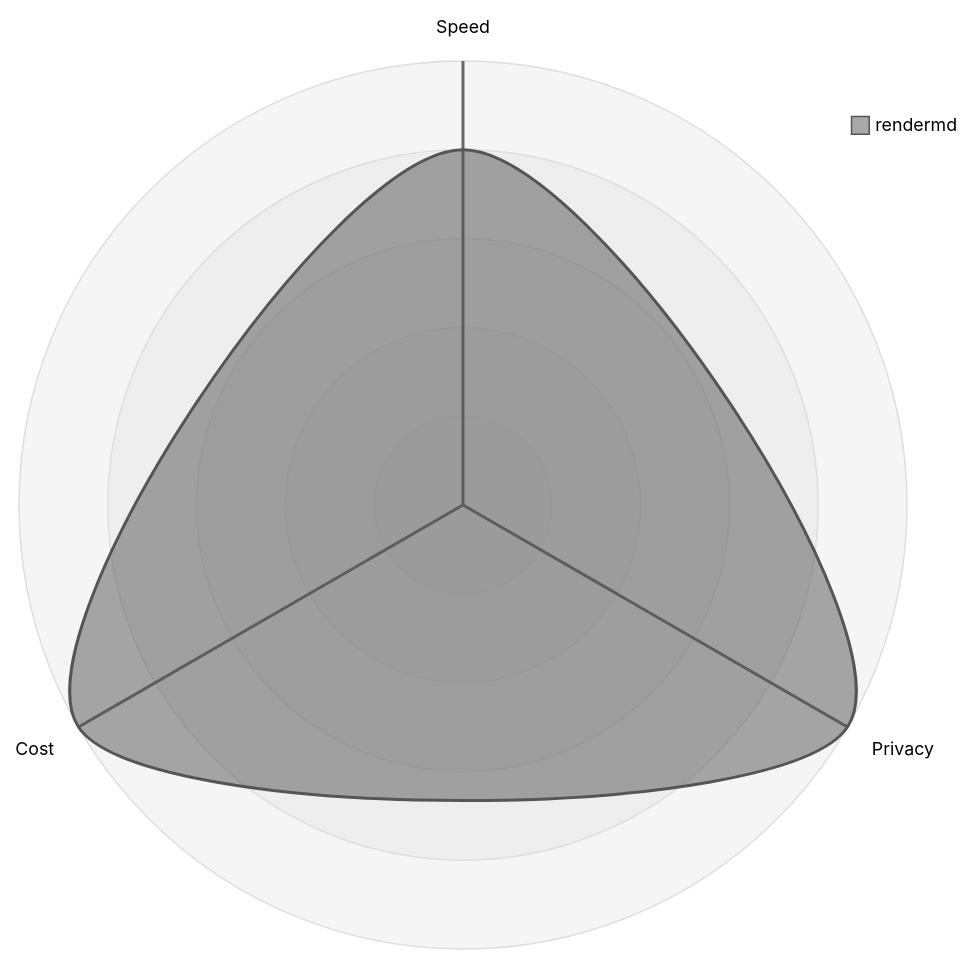
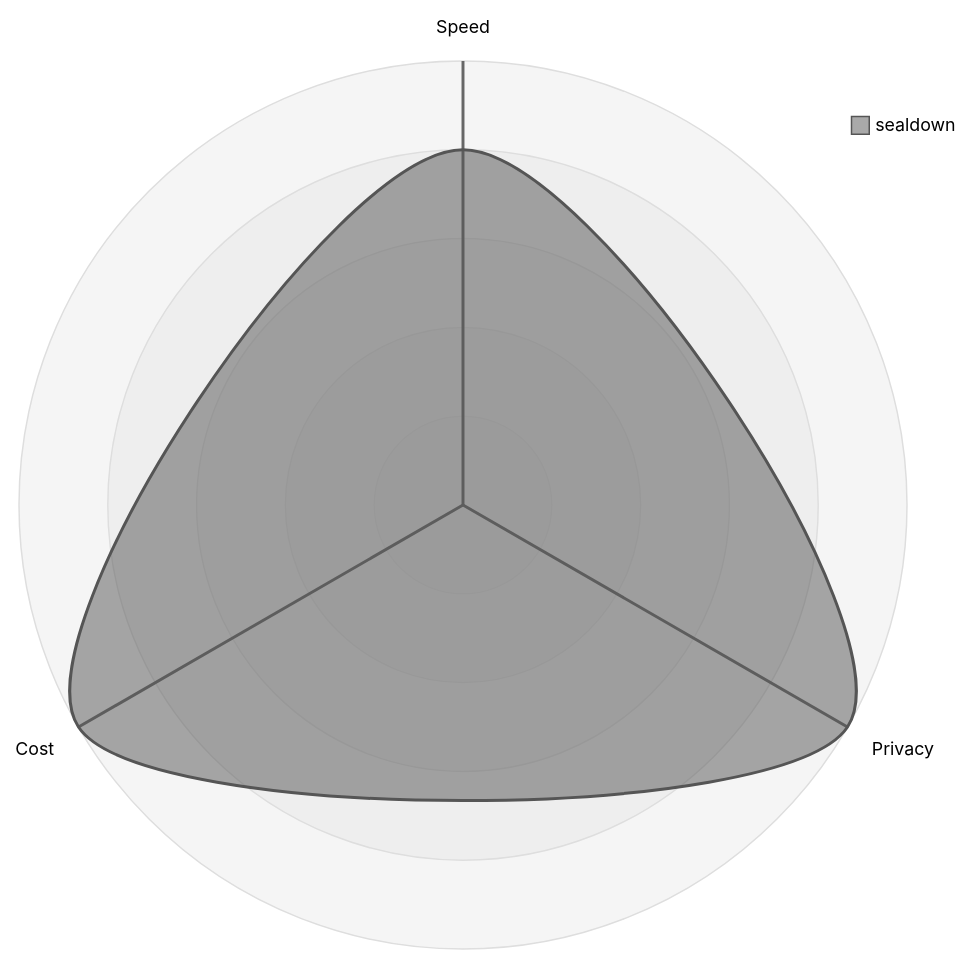
Before and after one commit to TrainedLoop/sealdown: diagram 22 of 33 in src/templates/diagrams.md, drawn with Mermaid (neutral theme). The commit also changed other lines of this file and 40 other files, not shown here.

First line of the commit message:
refactor: rename rendermd to Sealdown in code, tests and docs

````diff
--- a/src/templates/diagrams.md
+++ b/src/templates/diagrams.md
@@ -221,6 +221,6 @@
 ```mermaid
 radar-beta
   axis a["Speed"], b["Privacy"], c["Cost"]
-  curve r["rendermd"]{4, 5, 5}
+  curve r["sealdown"]{4, 5, 5}
   max 5
 ```
````
